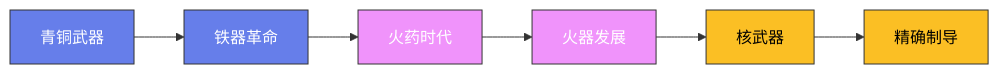
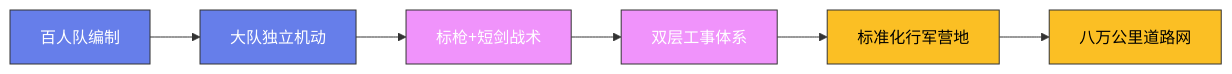
Before and after one commit to Fengur/Fengur.github.io: the diagram in content/posts/ModelCreate/军事史/03-罗马军团.md, drawn with Mermaid. The commit also changed other lines of this file and 118 other files, not shown here.

````diff
--- a/content/posts/ModelCreate/军事史/03-罗马军团.md
+++ b/content/posts/ModelCreate/军事史/03-罗马军团.md
@@ -41,16 +39,16 @@
 ```mermaid
 graph LR
-    A["青铜武器"] --> B["铁器革命"]
-    B --> C["火药时代"]
-    C --> D["火器发展"]
-    D --> E["核武器"]
-    E --> F["精确制导"]
+    A["百人队编制"] --> B["大队独立机动"]
+    B --> C["标枪+短剑战术"]
+    C --> D["双层工事体系"]
+    D --> E["标准化行军营地"]
+    E --> F["八万公里道路网"]
 
     classDef early fill:#667eea,stroke:#333,color:white
     classDef mid fill:#f093fb,stroke:#333,color:white
     classDef modern fill:#fbbf24,stroke:#333,color:black
 
     class A,B early
     class C,D mid
     class E,F modern
 ```
````
